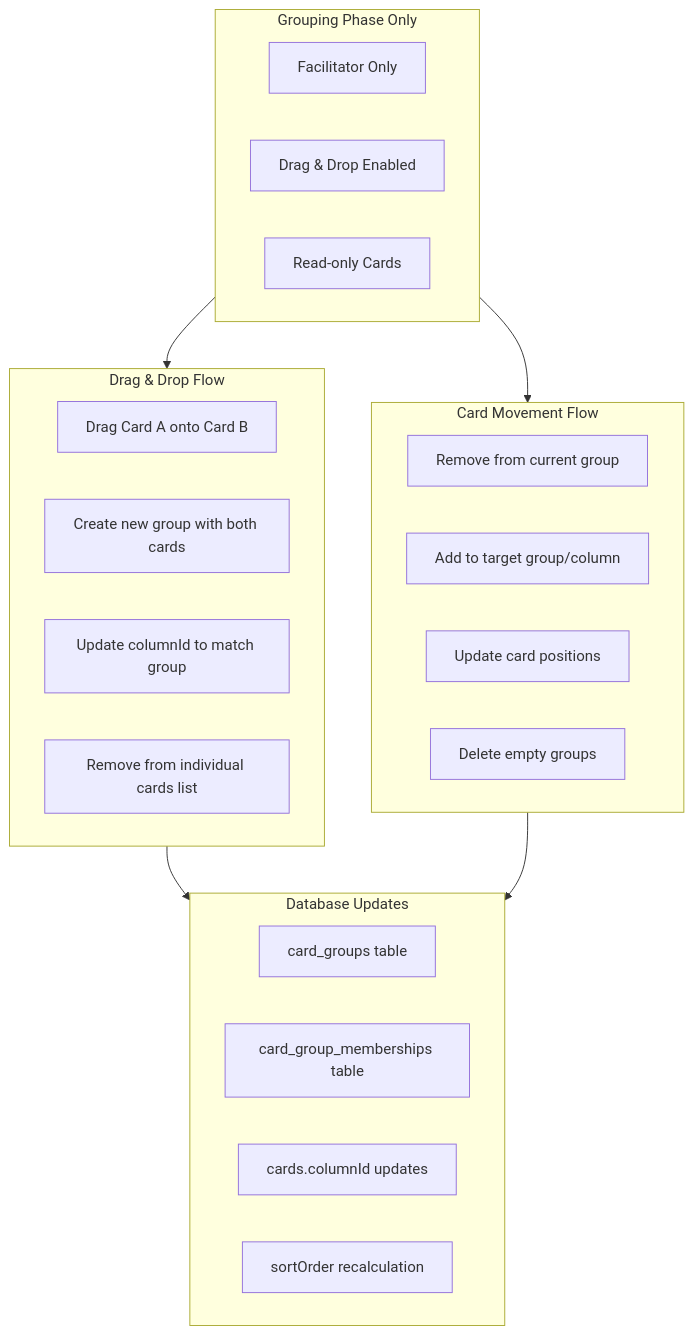
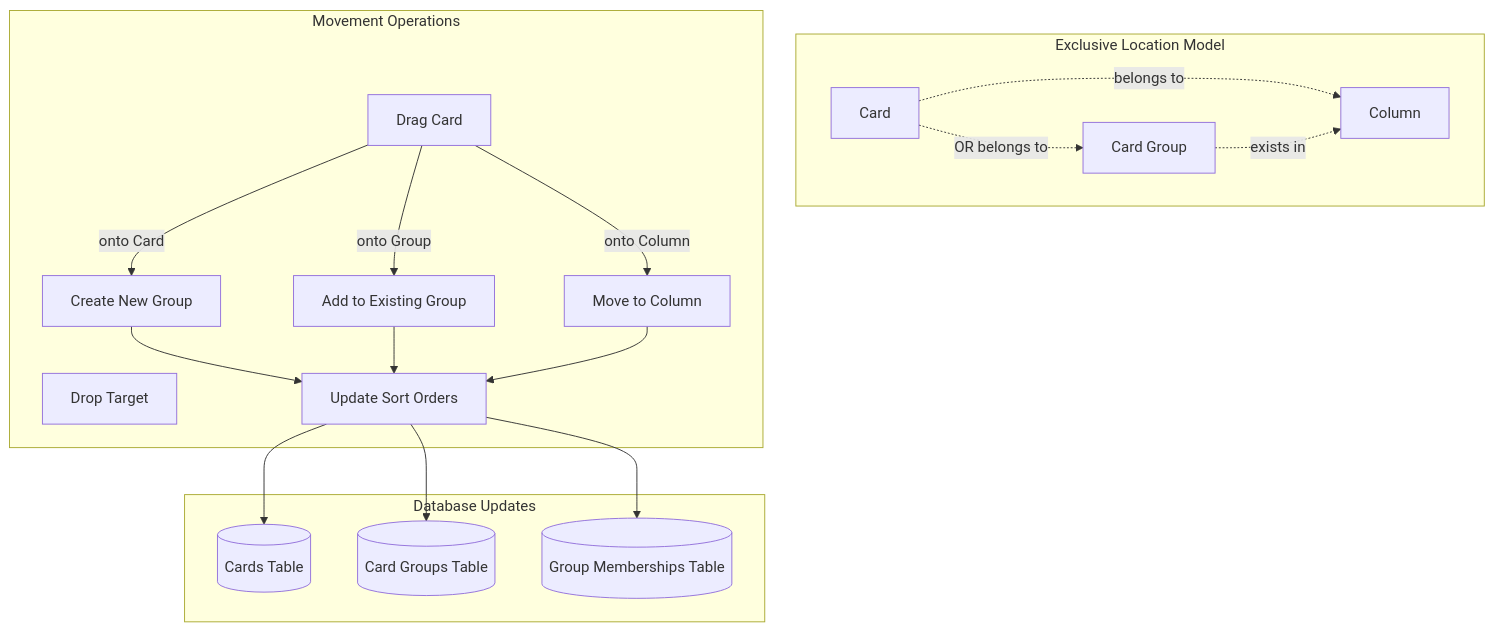
The first of 2 diagrams in docs/04-card-grouping.md (WarVDine/yet-another-retro-tool), drawn with Mermaid before and after one commit. The commit also changed other lines of this file and 4 other files, not shown here.

````diff
--- a/docs/04-card-grouping.md
+++ b/docs/04-card-grouping.md
@@ -10,34 +10,31 @@
 ```mermaid
 flowchart TB
-    subgraph Phase [Grouping Phase Only]
-        F[Facilitator Only]
-        D[Drag & Drop Enabled]
-        R[Read-only Cards]
+    subgraph "Exclusive Location Model"
+        Card[Card]
+        Column[Column]
+        Group[Card Group]
+        
+        Card -.->|belongs to| Column
+        Card -.->|OR belongs to| Group
+        Group -.->|exists in| Column
     end
     
-    subgraph DragFlow [Drag & Drop Flow]
-        D1[Drag Card A onto Card B]
-        D2[Create new group with both cards]
-        D3[Update columnId to match group]
-        D4[Remove from individual cards list]
+    subgraph "Movement Operations"
+        DragCard[Drag Card]
+        DropTarget[Drop Target]
+        
+        DragCard -->|onto Card| CreateGroup[Create New Group]
+        DragCard -->|onto Group| AddToGroup[Add to Existing Group]
+        DragCard -->|onto Column| MoveToColumn[Move to Column]
+        
+        CreateGroup --> UpdatePositions[Update Sort Orders]
+        AddToGroup --> UpdatePositions
+        MoveToColumn --> UpdatePositions
     end
     
-    subgraph MoveFlow [Card Movement Flow]
-        M1[Remove from current group]
-        M2[Add to target group/column]
-        M3[Update card positions]
-        M4[Delete empty groups]
+    subgraph "Database Updates"
+        UpdatePositions --> CardTable[(Cards Table)]
+        UpdatePositions --> GroupTable[(Card Groups Table)]
+        UpdatePositions --> MembershipTable[(Group Memberships Table)]
     end
-    
-    subgraph Database [Database Updates]
-        DB1[card_groups table]
-        DB2[card_group_memberships table]
-        DB3[cards.columnId updates]
-        DB4[sortOrder recalculation]
-    end
-    
-    Phase --> DragFlow
-    Phase --> MoveFlow
-    DragFlow --> Database
-    MoveFlow --> Database
 ```
````
